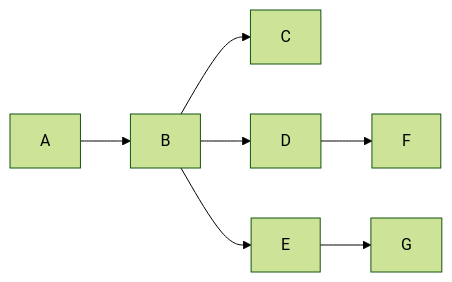
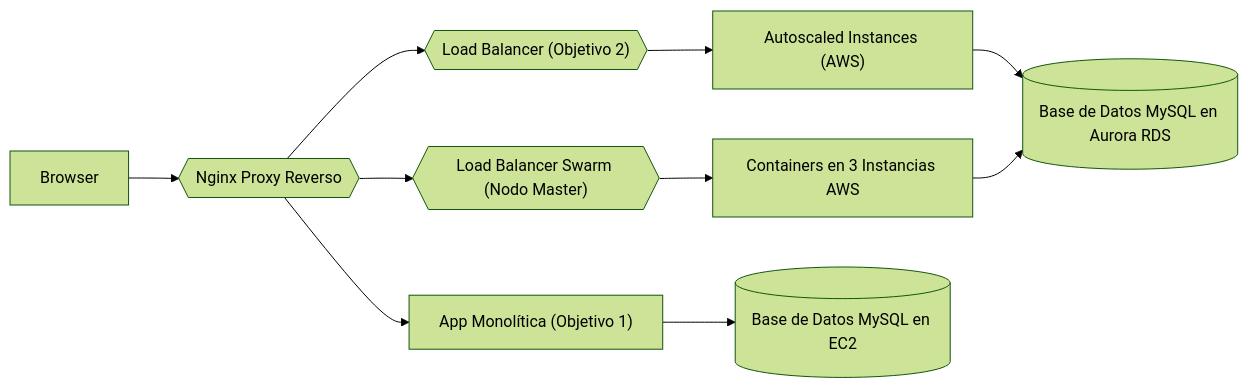
Before and after one commit to JuanFelipeRestrepoBuitrago/project-2-tet: the diagram in README.md, drawn with Mermaid (forest theme). The commit also changed other lines of this file, not shown here.

````diff
--- a/README.md
+++ b/README.md
@@ -82,9 +84,24 @@
 ```mermaid
 graph LR
+    %% Nodos con formas personalizadas
+    A["Browser"]
+    B{{"Nginx Proxy Reverso"}}
+    C["App Monolítica (Objetivo 1)"]
+    D{{"Load Balancer (Objetivo 2)"}}
+    E{{"Load Balancer Swarm (Nodo Master)"}}
+    F["Autoscaled Instances (AWS)"]
+    G["Containers en 3 Instancias AWS"]
+    H[(Base de Datos MySQL en EC2)]
+    I[(Base de Datos MySQL en Aurora RDS)]
+
+    %% Relaciones
     A --> B
     B --> C
     B --> D
     B --> E
     D --> F
     E --> G
+    C --> H
+    F --> I
+    G --> I
 ```
````
